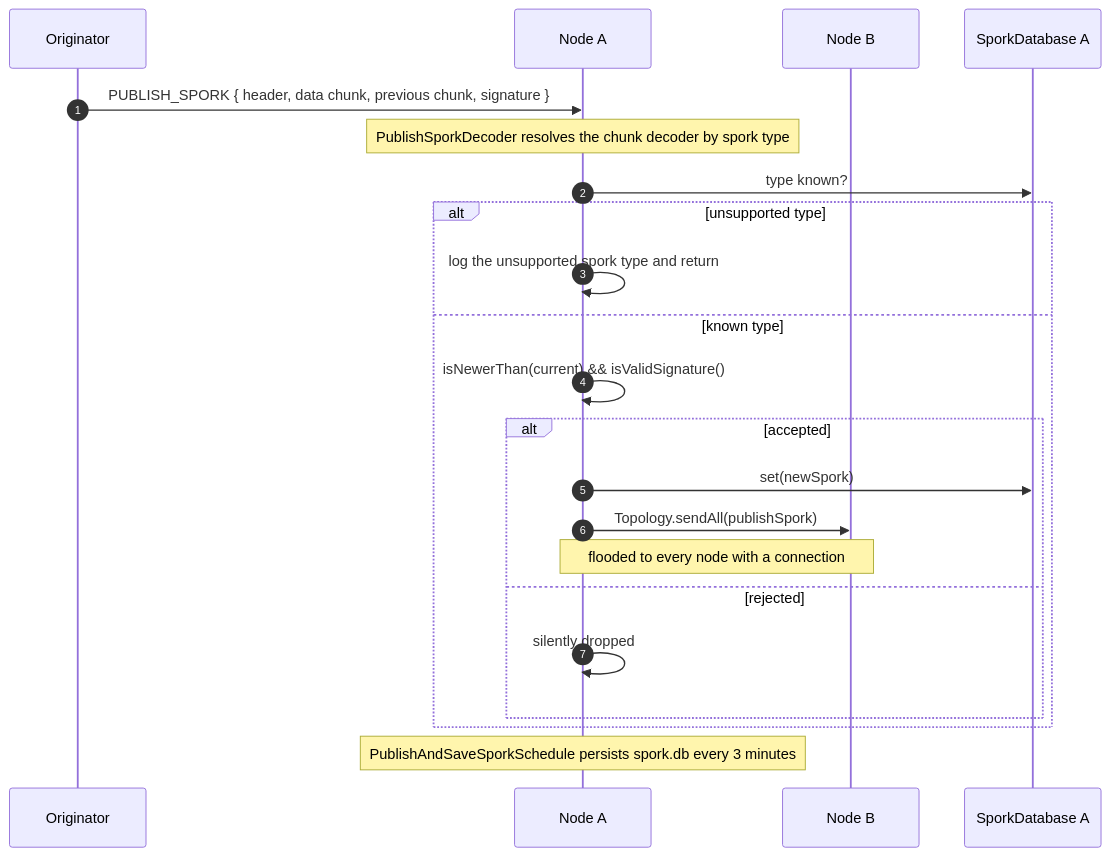
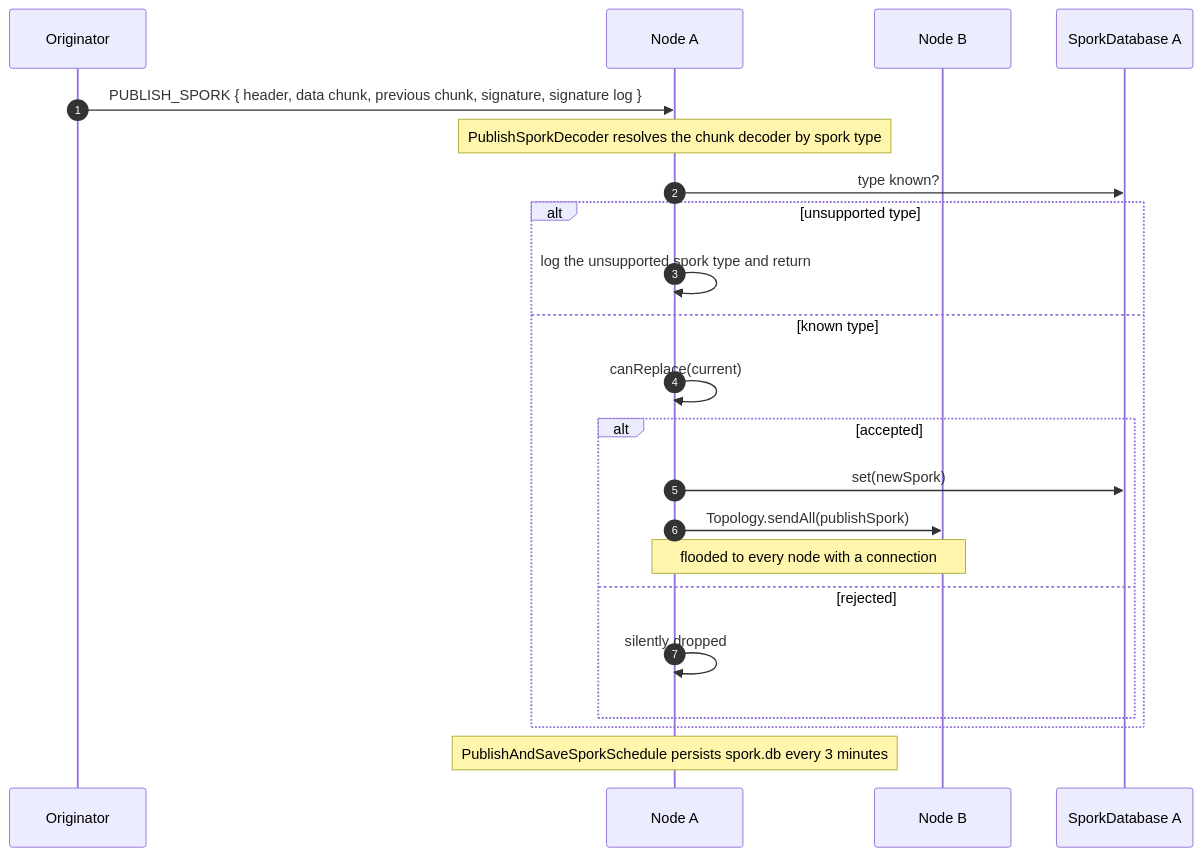
One commit to unigrid-project/hedgehog changed the fifth of 5 diagrams in documentation/network-protocol.md. Above: the diagram before and after it, drawn with Mermaid. The commit also changed other lines of this file and 3 other files, not shown here.

Commit message:
Document the grid spork signature log

````diff
--- a/documentation/network-protocol.md
+++ b/documentation/network-protocol.md
@@ -1108,25 +1127,25 @@
 ```mermaid
 sequenceDiagram
     autonumber
     participant O as Originator
     participant A as Node A
     participant B as Node B
     participant DB as SporkDatabase A
 
-    O->>A: PUBLISH_SPORK { header, data chunk, previous chunk, signature }
+    O->>A: PUBLISH_SPORK { header, data chunk, previous chunk, signature, signature log }
     Note over A: PublishSporkDecoder resolves the chunk decoder by spork type
     A->>DB: type known?
     alt unsupported type
         A->>A: log the unsupported spork type and return
     else known type
-        A->>A: isNewerThan(current) && isValidSignature()
+        A->>A: canReplace(current)
         alt accepted
             A->>DB: set(newSpork)
             A->>B: Topology.sendAll(publishSpork)
             Note over A,B: flooded to every node with a connection
         else rejected
             A->>A: silently dropped
         end
     end
     Note over A: PublishAndSaveSporkSchedule persists spork.db every 3 minutes
 ```
````
